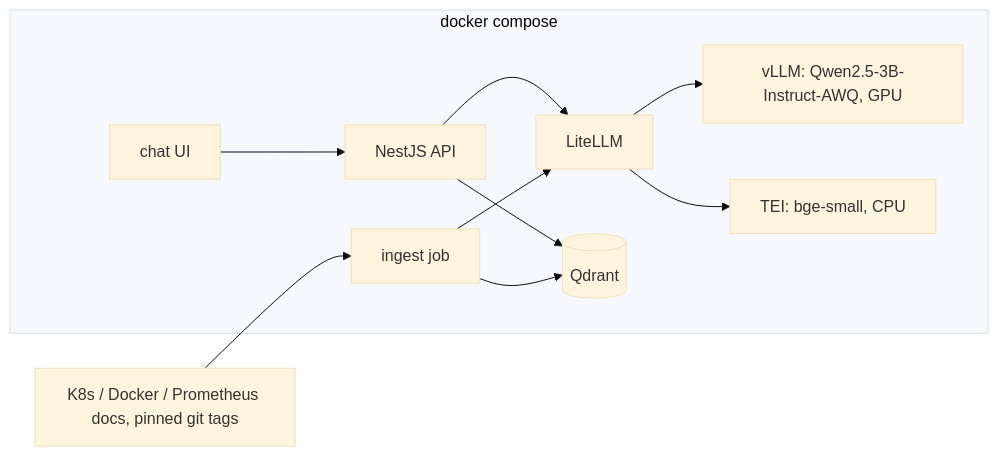
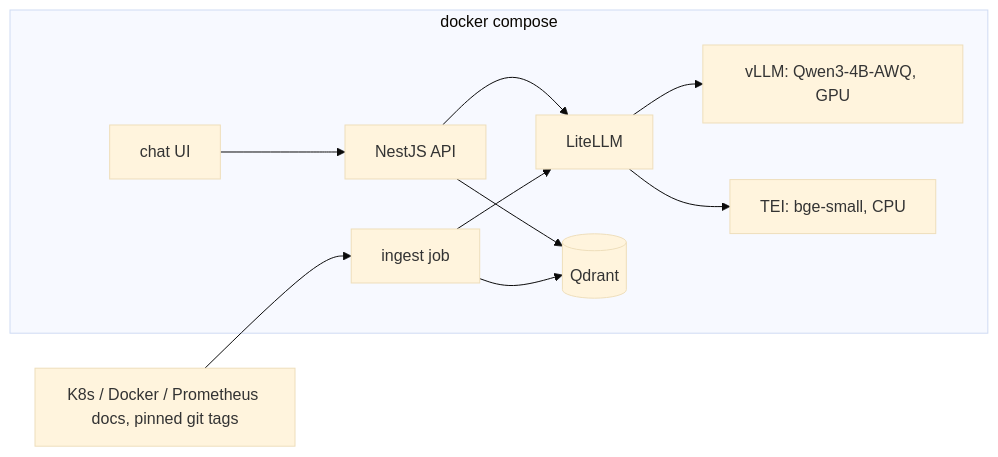
One commit to shing3tsu/docsage changed the diagram in README.md. Above: the diagram before and after it, drawn with Mermaid (base theme). The commit also changed other lines of this file and 1 other file, not shown here.

Commit message:
Serve the pinned Qwen3-4B-AWQ model so the public repo stays on an Apache 2.0 license.

````diff
--- a/README.md
+++ b/README.md
@@ -21,13 +21,13 @@
 ```mermaid
 flowchart LR
   subgraph compose[docker compose]
     UI[chat UI] --> API[NestJS API]
     API --> GW[LiteLLM]
-    GW --> V[vLLM: Qwen2.5-3B-Instruct-AWQ, GPU]
+    GW --> V[vLLM: Qwen3-4B-AWQ, GPU]
     GW --> E[TEI: bge-small, CPU]
     API --> Q[(Qdrant)]
     ING[ingest job] --> GW
     ING --> Q
   end
   DOCS[K8s / Docker / Prometheus docs, pinned git tags] --> ING
 ```
````
